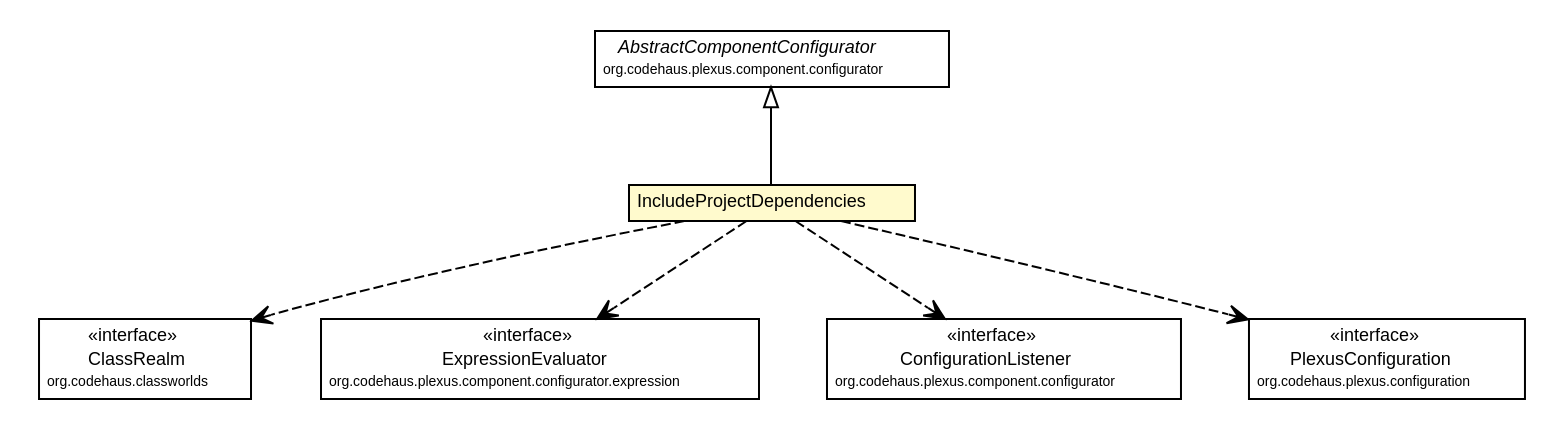
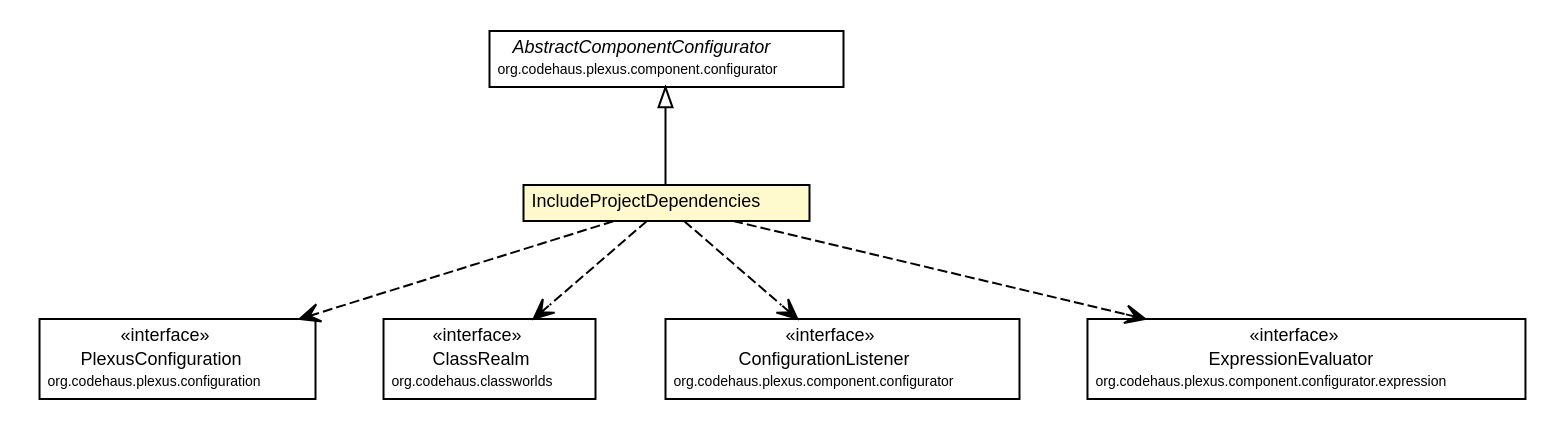
Before and after one commit to synchronoss/cpo-api: the diagram in site/apidocs/org/synchronoss/cpo/plugin/IncludeProjectDependencies.dot, drawn with Graphviz. The commit also changed 883 other files, not shown here.

```diff
--- a/site/apidocs/org/synchronoss/cpo/plugin/IncludeProjectDependencies.dot
+++ b/site/apidocs/org/synchronoss/cpo/plugin/IncludeProjectDependencies.dot
@@ -1,65 +1,65 @@
 #!/usr/local/bin/dot
 #
 # Class diagram 
 # Generated by UmlGraph version 4.6 (http://www.spinellis.gr/sw/umlgraph)
 #
 
 digraph G {
 	edge [fontname="Helvetica",fontsize=10,labelfontname="Helvetica",labelfontsize=10];
 	node [fontname="Helvetica",fontsize=10,shape=plaintext];
 	// org.synchronoss.cpo.plugin.IncludeProjectDependencies
 	c53834 [label=<<table border="0" cellborder="1" cellspacing="0" cellpadding="2" port="p" bgcolor="lemonChiffon" href="./IncludeProjectDependencies.html">
 		<tr><td><table border="0" cellspacing="0" cellpadding="1">
 			<tr><td> IncludeProjectDependencies </td></tr>
 		</table></td></tr>
 		</table>>, fontname="Helvetica", fontcolor="black", fontsize=9.0];
 	//org.synchronoss.cpo.plugin.IncludeProjectDependencies extends org.codehaus.plexus.component.configurator.AbstractComponentConfigurator
 	c53839:p -> c53834:p [dir=back,arrowtail=empty];
+	// org.synchronoss.cpo.plugin.IncludeProjectDependencies DEPEND org.codehaus.plexus.configuration.PlexusConfiguration
+	c53834:p -> c53840:p [taillabel="", label="", headlabel="", fontname="Helvetica", fontcolor="black", fontsize=10.0, color="black", arrowhead=open, style=dashed];
 	// org.synchronoss.cpo.plugin.IncludeProjectDependencies DEPEND org.codehaus.classworlds.ClassRealm
-	c53834:p -> c53842:p [taillabel="", label="", headlabel="", fontname="Helvetica", fontcolor="black", fontsize=10.0, color="black", arrowhead=open, style=dashed];
-	// org.synchronoss.cpo.plugin.IncludeProjectDependencies DEPEND org.codehaus.plexus.component.configurator.expression.ExpressionEvaluator
 	c53834:p -> c53843:p [taillabel="", label="", headlabel="", fontname="Helvetica", fontcolor="black", fontsize=10.0, color="black", arrowhead=open, style=dashed];
 	// org.synchronoss.cpo.plugin.IncludeProjectDependencies DEPEND org.codehaus.plexus.component.configurator.ConfigurationListener
 	c53834:p -> c53844:p [taillabel="", label="", headlabel="", fontname="Helvetica", fontcolor="black", fontsize=10.0, color="black", arrowhead=open, style=dashed];
-	// org.synchronoss.cpo.plugin.IncludeProjectDependencies DEPEND org.codehaus.plexus.configuration.PlexusConfiguration
+	// org.synchronoss.cpo.plugin.IncludeProjectDependencies DEPEND org.codehaus.plexus.component.configurator.expression.ExpressionEvaluator
 	c53834:p -> c53845:p [taillabel="", label="", headlabel="", fontname="Helvetica", fontcolor="black", fontsize=10.0, color="black", arrowhead=open, style=dashed];
 	// org.codehaus.classworlds.ClassRealm
-	c53842 [label=<<table border="0" cellborder="1" cellspacing="0" cellpadding="2" port="p" href="http://java.sun.com/j2se/1.4.2/docs/api/org/codehaus/classworlds/ClassRealm.html">
+	c53843 [label=<<table border="0" cellborder="1" cellspacing="0" cellpadding="2" port="p" href="http://java.sun.com/j2se/1.4.2/docs/api/org/codehaus/classworlds/ClassRealm.html">
 		<tr><td><table border="0" cellspacing="0" cellpadding="1">
 			<tr><td> &laquo;interface&raquo; </td></tr>
 			<tr><td> ClassRealm </td></tr>
 			<tr><td><font point-size="7.0"> org.codehaus.classworlds </font></td></tr>
 		</table></td></tr>
 		</table>>, fontname="Helvetica", fontcolor="black", fontsize=9.0];
 	// org.codehaus.plexus.component.configurator.expression.ExpressionEvaluator
-	c53843 [label=<<table border="0" cellborder="1" cellspacing="0" cellpadding="2" port="p" href="http://java.sun.com/j2se/1.4.2/docs/api/org/codehaus/plexus/component/configurator/expression/ExpressionEvaluator.html">
+	c53845 [label=<<table border="0" cellborder="1" cellspacing="0" cellpadding="2" port="p" href="http://java.sun.com/j2se/1.4.2/docs/api/org/codehaus/plexus/component/configurator/expression/ExpressionEvaluator.html">
 		<tr><td><table border="0" cellspacing="0" cellpadding="1">
 			<tr><td> &laquo;interface&raquo; </td></tr>
 			<tr><td> ExpressionEvaluator </td></tr>
 			<tr><td><font point-size="7.0"> org.codehaus.plexus.component.configurator.expression </font></td></tr>
 		</table></td></tr>
 		</table>>, fontname="Helvetica", fontcolor="black", fontsize=9.0];
 	// org.codehaus.plexus.component.configurator.AbstractComponentConfigurator
 	c53839 [label=<<table border="0" cellborder="1" cellspacing="0" cellpadding="2" port="p" href="http://java.sun.com/j2se/1.4.2/docs/api/org/codehaus/plexus/component/configurator/AbstractComponentConfigurator.html">
 		<tr><td><table border="0" cellspacing="0" cellpadding="1">
 			<tr><td><font face="Helvetica-Oblique"> AbstractComponentConfigurator </font></td></tr>
 			<tr><td><font point-size="7.0"> org.codehaus.plexus.component.configurator </font></td></tr>
 		</table></td></tr>
 		</table>>, fontname="Helvetica", fontcolor="black", fontsize=9.0];
 	// org.codehaus.plexus.component.configurator.ConfigurationListener
 	c53844 [label=<<table border="0" cellborder="1" cellspacing="0" cellpadding="2" port="p" href="http://java.sun.com/j2se/1.4.2/docs/api/org/codehaus/plexus/component/configurator/ConfigurationListener.html">
 		<tr><td><table border="0" cellspacing="0" cellpadding="1">
 			<tr><td> &laquo;interface&raquo; </td></tr>
 			<tr><td> ConfigurationListener </td></tr>
 			<tr><td><font point-size="7.0"> org.codehaus.plexus.component.configurator </font></td></tr>
 		</table></td></tr>
 		</table>>, fontname="Helvetica", fontcolor="black", fontsize=9.0];
 	// org.codehaus.plexus.configuration.PlexusConfiguration
-	c53845 [label=<<table border="0" cellborder="1" cellspacing="0" cellpadding="2" port="p" href="http://java.sun.com/j2se/1.4.2/docs/api/org/codehaus/plexus/configuration/PlexusConfiguration.html">
+	c53840 [label=<<table border="0" cellborder="1" cellspacing="0" cellpadding="2" port="p" href="http://java.sun.com/j2se/1.4.2/docs/api/org/codehaus/plexus/configuration/PlexusConfiguration.html">
 		<tr><td><table border="0" cellspacing="0" cellpadding="1">
 			<tr><td> &laquo;interface&raquo; </td></tr>
 			<tr><td> PlexusConfiguration </td></tr>
 			<tr><td><font point-size="7.0"> org.codehaus.plexus.configuration </font></td></tr>
 		</table></td></tr>
 		</table>>, fontname="Helvetica", fontcolor="black", fontsize=9.0];
 }
```
